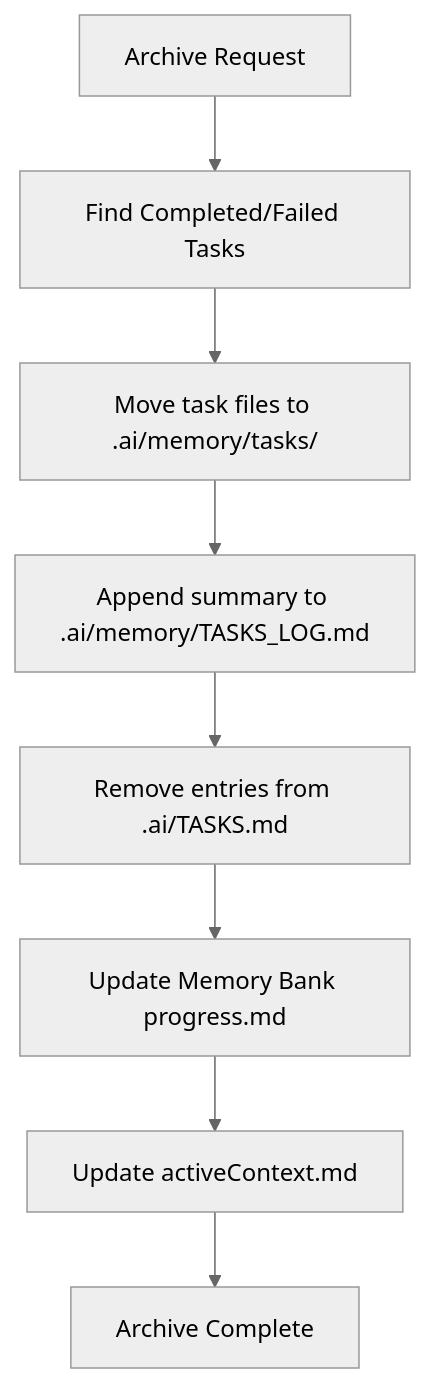
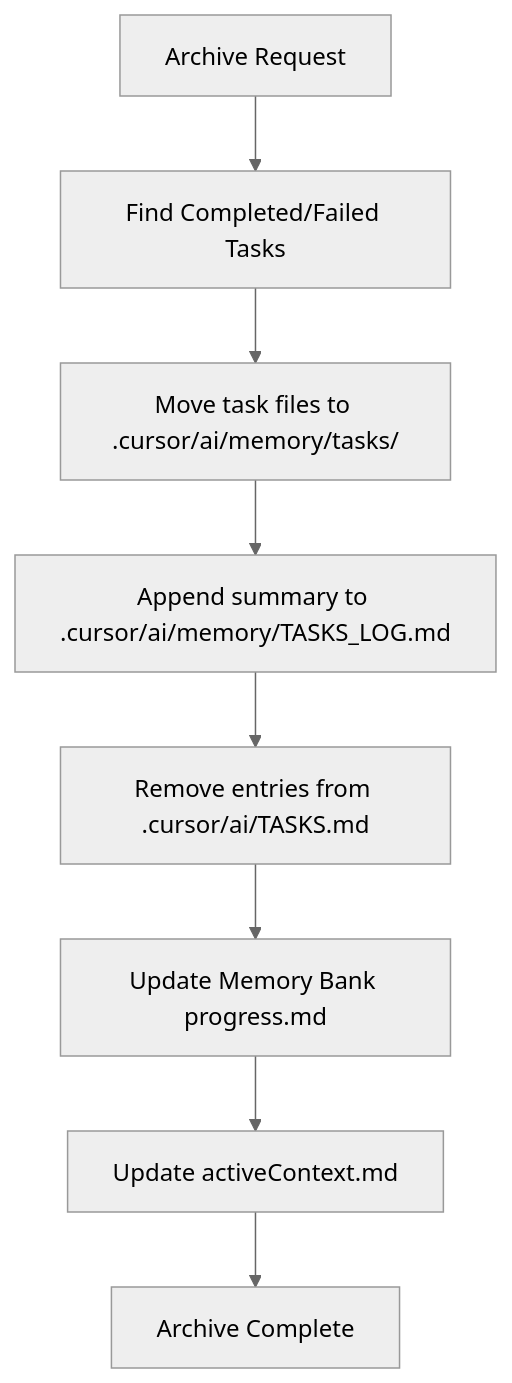
The ninth of 17 diagrams in .cursor/rules/unified-workflow.md (louisfghbvc/task-management-memory-system), drawn with Mermaid (neutral theme) before and after one commit. The commit also changed other lines of this file and 11 other files, not shown here.

````diff
--- a/.cursor/rules/unified-workflow.md
+++ b/.cursor/rules/unified-workflow.md
@@ -176,10 +206,10 @@
 ```mermaid
 flowchart TD
     Archive[Archive Request] --> FindCompleted[Find Completed/Failed Tasks]
-    FindCompleted --> MoveFiles[Move task files to .ai/memory/tasks/]
-    MoveFiles --> UpdateLog[Append summary to .ai/memory/TASKS_LOG.md]
-    UpdateLog --> RemoveEntries[Remove entries from .ai/TASKS.md]
+    FindCompleted --> MoveFiles[Move task files to .cursor/ai/memory/tasks/]
+    MoveFiles --> UpdateLog[Append summary to .cursor/ai/memory/TASKS_LOG.md]
+    UpdateLog --> RemoveEntries[Remove entries from .cursor/ai/TASKS.md]
     RemoveEntries --> UpdateMB[Update Memory Bank progress.md]
     UpdateMB --> UpdateActive[Update activeContext.md]
     UpdateActive --> ArchiveComplete[Archive Complete]
 ```
````
